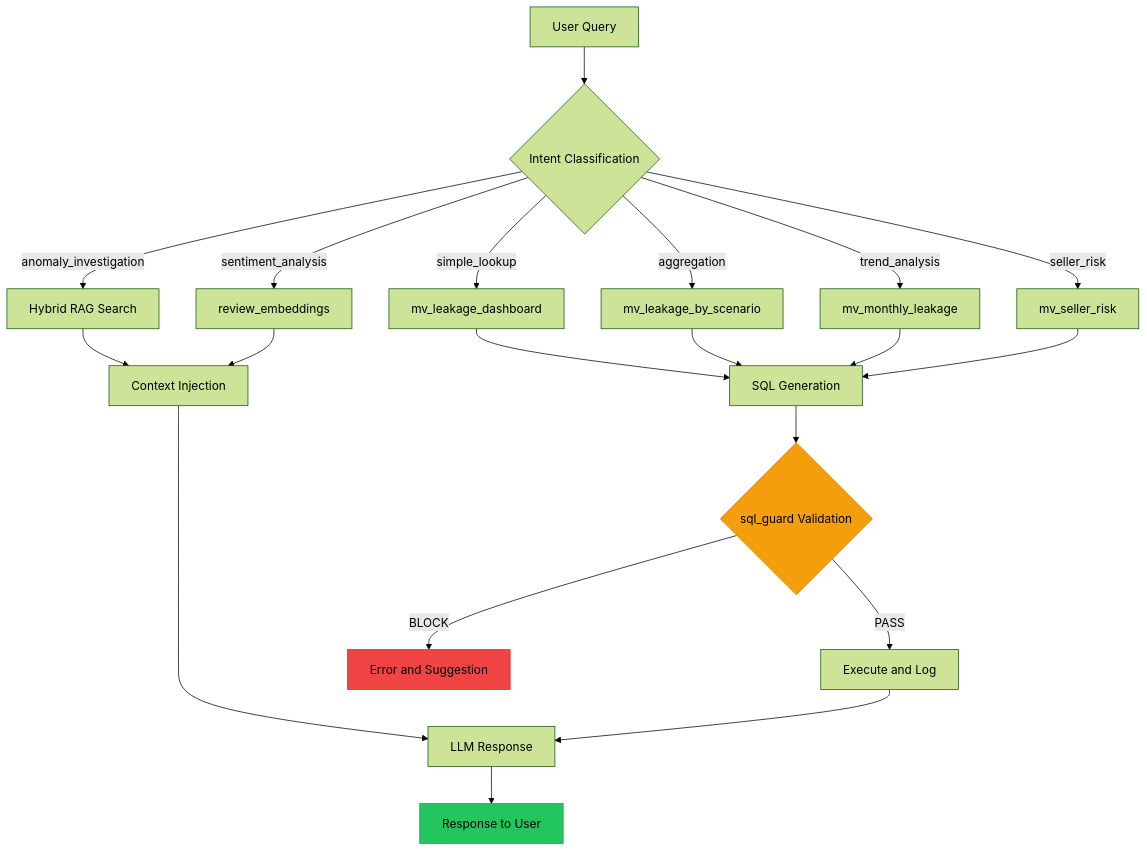
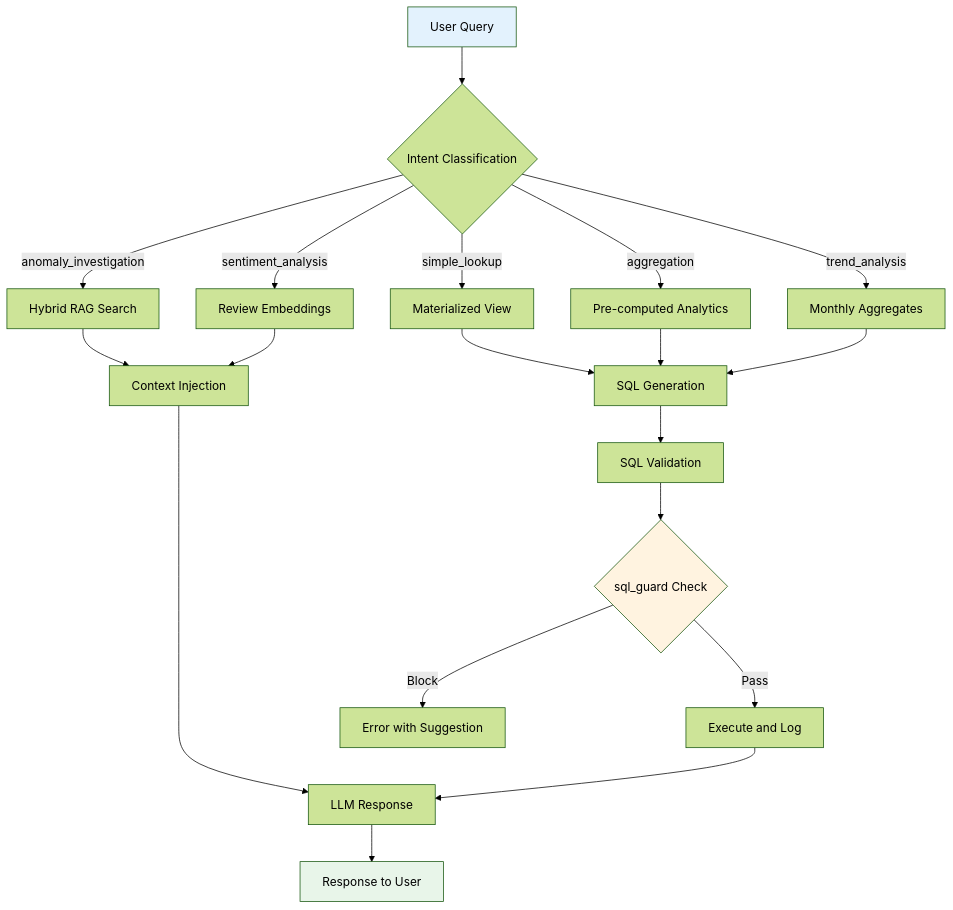
Before and after one commit to Mohamed-Elmasry16/Recovera-Hybrid-Database-Architecture: the fourth of 4 diagrams in README.md, drawn with Mermaid (forest theme). The commit also changed other lines of this file, not shown here.

````diff
--- a/README.md
+++ b/README.md
@@ -372,31 +264,28 @@
 ```mermaid
 flowchart TD
-    Q[User Query] --> I{Intent Classification}
+    A["User Query"] --> B{"Intent Classification"}
+    B -->|simple_lookup| C["Materialized View"]
+    B -->|aggregation| D["Pre-computed Analytics"]
+    B -->|anomaly_investigation| E["Hybrid RAG Search"]
+    B -->|trend_analysis| F["Monthly Aggregates"]
+    B -->|sentiment_analysis| G["Review Embeddings"]
 
-    I -->|simple_lookup| MV1[mv_leakage_dashboard]
-    I -->|aggregation| MV2[mv_leakage_by_scenario]
-    I -->|trend_analysis| MV3[mv_monthly_leakage]
-    I -->|seller_risk| MV4[mv_seller_risk]
-    I -->|anomaly_investigation| RAG[Hybrid RAG Search]
-    I -->|sentiment_analysis| RE[review_embeddings]
+    C --> H["SQL Generation"]
+    D --> H
+    E --> I["Context Injection"]
+    F --> H
+    G --> I
 
-    MV1 --> SQL[SQL Generation]
-    MV2 --> SQL
-    MV3 --> SQL
-    MV4 --> SQL
-    RAG --> CTX[Context Injection]
-    RE --> CTX
+    I --> J["LLM Response"]
+    H --> K["SQL Validation"]
+    K --> L{sql_guard Check}
+    L -->|Pass| M["Execute and Log"]
+    L -->|Block| N["Error with Suggestion"]
+    M --> J
 
-    SQL --> G{sql_guard Validation}
-    CTX --> LLM[LLM Response]
+    J --> O["Response to User"]
 
-    G -->|PASS| EX[Execute and Log]
-    G -->|BLOCK| ER[Error and Suggestion]
-
-    EX --> LLM
-    LLM --> R[Response to User]
-
-    style G fill:#f59e0b,stroke:#d97706
-    style ER fill:#ef4444,stroke:#dc2626
-    style R fill:#22c55e,stroke:#16a34a
+    style A fill:#e3f2fd
+    style O fill:#e8f5e9
+    style L fill:#fff3e0
 ```
````
